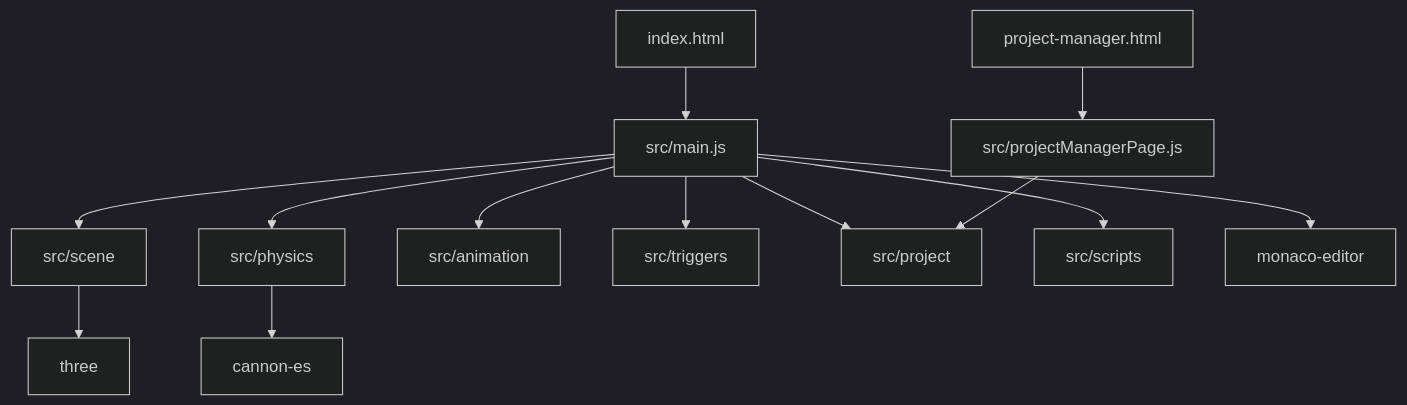
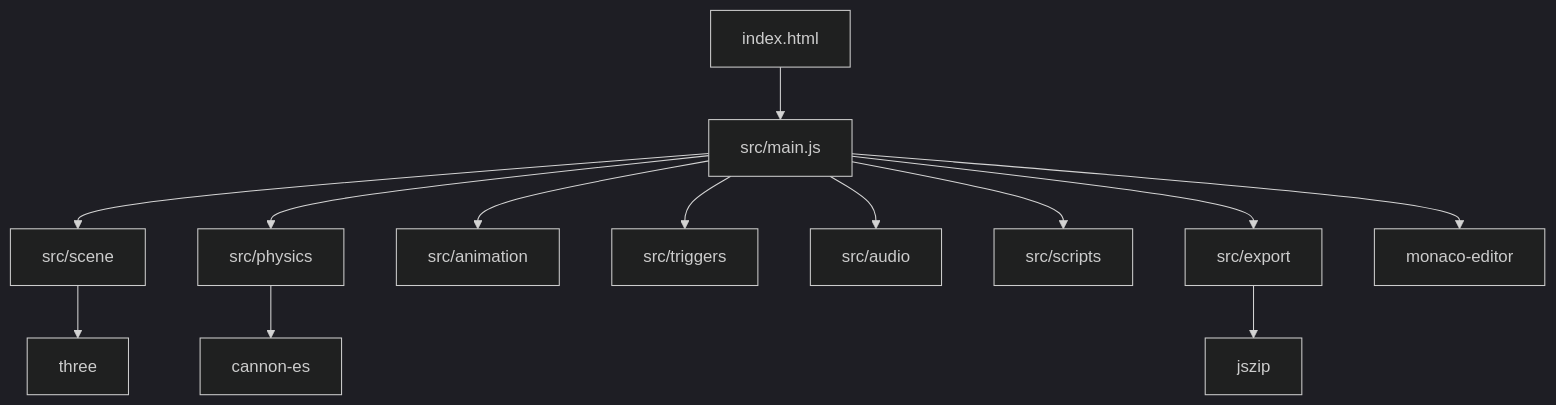
One commit to XalebXEn99/3ditorJS changed the second of 5 diagrams in docs/ARCHITECTURE.md. Above: the diagram before and after it, drawn with Mermaid (dark theme). The commit also changed other lines of this file and 28 other files, not shown here.

````diff
--- a/docs/ARCHITECTURE.md
+++ b/docs/ARCHITECTURE.md
@@ -51,15 +47,15 @@
 ```mermaid
 flowchart TB
   Pages[index.html] --> Main[src/main.js]
-  ProjectPage[project-manager.html] --> ProjectRuntime[src/projectManagerPage.js]
   Main --> Scene[src/scene]
   Main --> Physics[src/physics]
   Main --> Animation[src/animation]
   Main --> Triggers[src/triggers]
-  Main --> Project[src/project]
+  Main --> Audio[src/audio]
   Main --> Scripts[src/scripts]
+  Main --> Export[src/export]
   Scene --> Three[three]
   Physics --> Cannon[cannon-es]
   Main --> Monaco[monaco-editor]
-  ProjectRuntime --> Project
+  Export --> JSZip[jszip]
 ```
````
